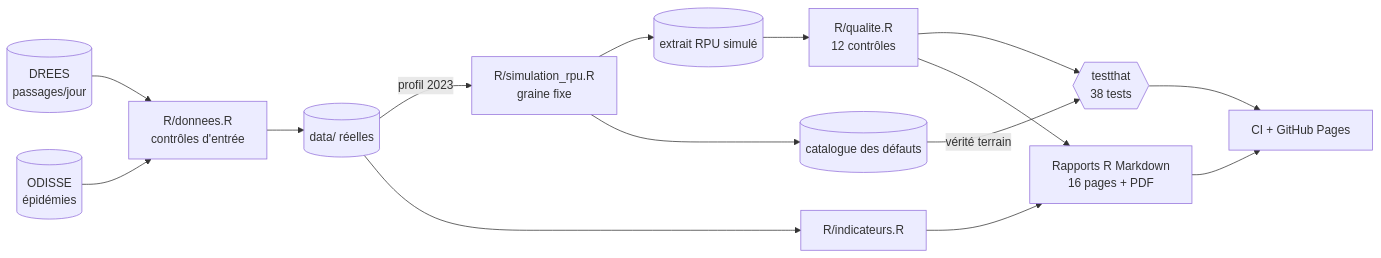
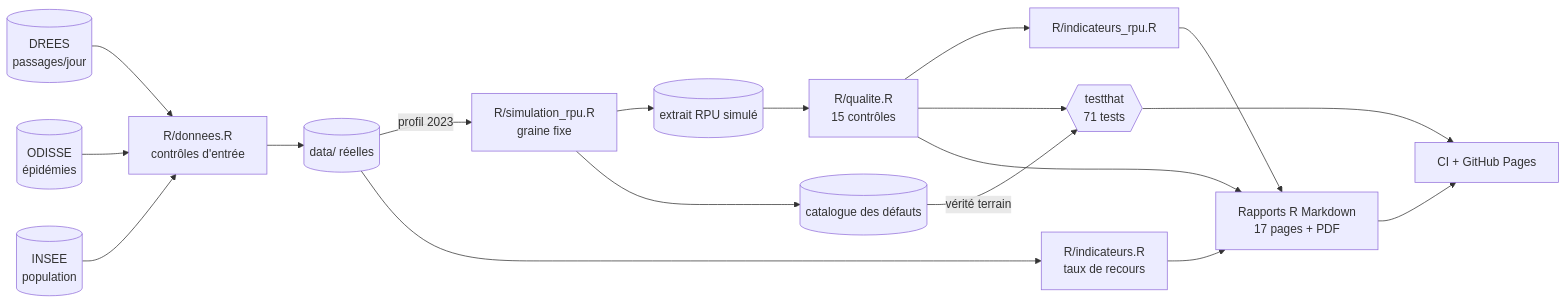
Before and after one commit to valentinratigniet-byte/projet-23-urgences-hdf-r: the diagram in README.md, drawn with Mermaid. The commit also changed other lines of this file and 24 other files, not shown here.

First line of the commit message:
Taux de recours INSEE, format RPU national et indicateurs issus des RPU

````diff
--- a/README.md
+++ b/README.md
@@ -68,17 +84,20 @@
 ```mermaid
 flowchart LR
     DREES[("DREES<br/>passages/jour")] --> DON["R/donnees.R<br/>contrôles d'entrée"]
     ODISSE[("ODISSE<br/>épidémies")] --> DON
     DON --> REEL[("data/ réelles")]
     REEL -- profil 2023 --> SIM["R/simulation_rpu.R<br/>graine fixe"]
     SIM --> RPU[("extrait RPU simulé")]
     SIM --> CAT[("catalogue des défauts")]
-    REEL --> IND["R/indicateurs.R"]
-    RPU --> QUA["R/qualite.R<br/>12 contrôles"]
-    QUA --> TST{{"testthat<br/>38 tests"}}
+    INSEE[("INSEE<br/>population")] --> DON
+    REEL --> IND["R/indicateurs.R<br/>taux de recours"]
+    RPU --> QUA["R/qualite.R<br/>15 contrôles"]
+    QUA --> IRPU["R/indicateurs_rpu.R"]
+    QUA --> TST{{"testthat<br/>71 tests"}}
     CAT -- vérité terrain --> TST
-    IND --> RAP["Rapports R Markdown<br/>16 pages + PDF"]
+    IND --> RAP["Rapports R Markdown<br/>17 pages + PDF"]
     QUA --> RAP
+    IRPU --> RAP
     TST --> CI["CI + GitHub Pages"]
     RAP --> CI
 ```
````
